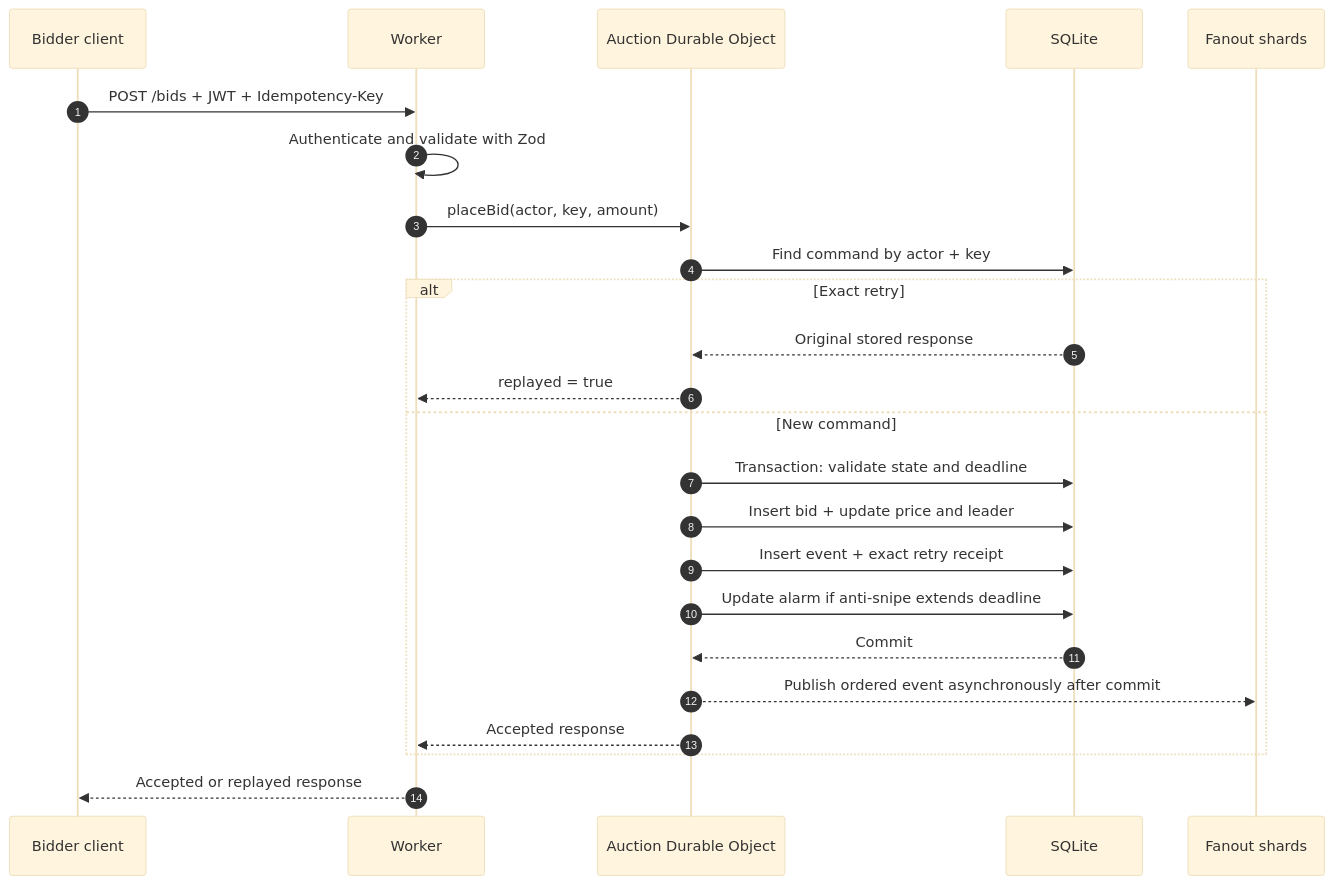
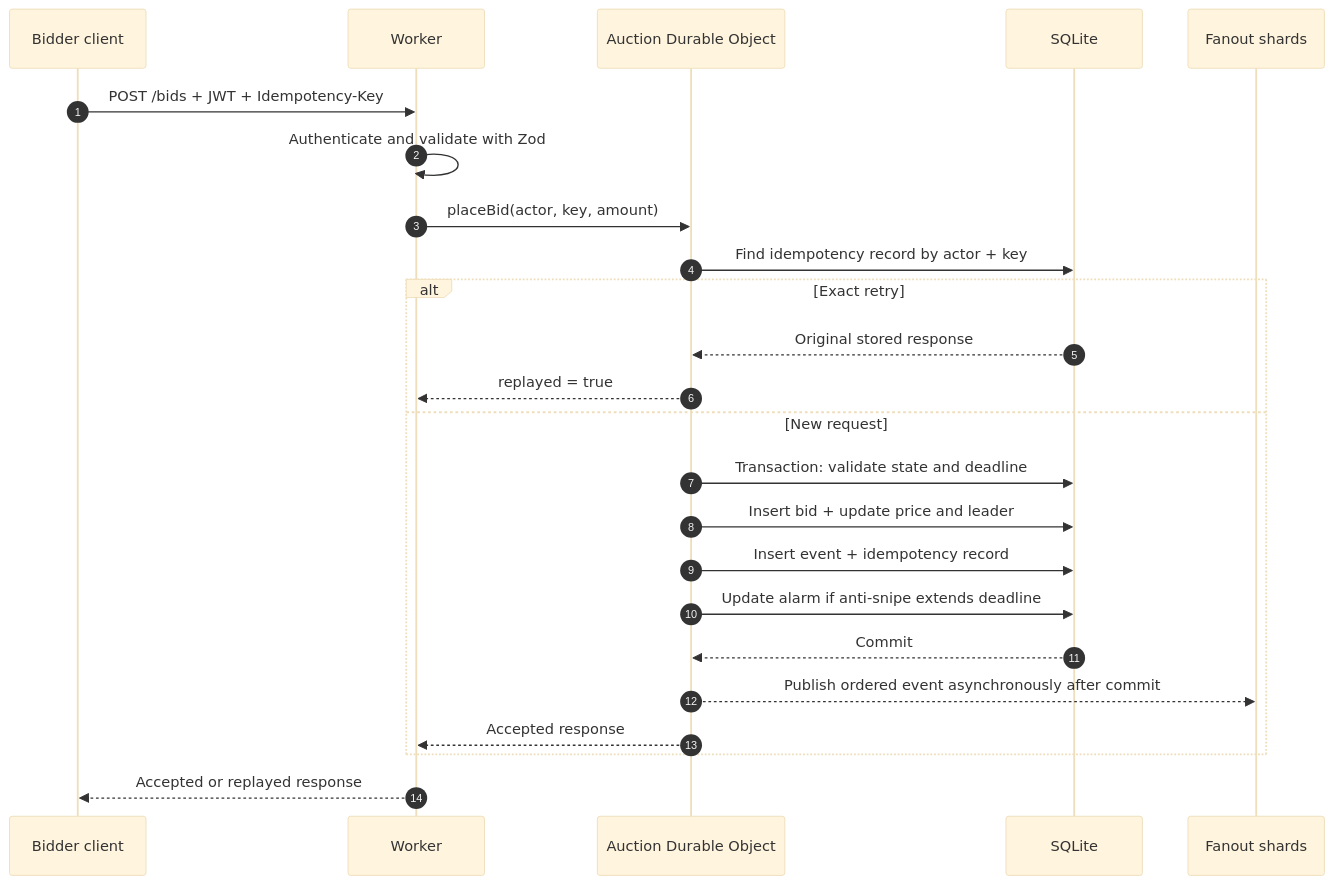
Before and after one commit to aranlucas/live-auction: the tenth of 12 diagrams in SYSTEM_DESIGN.md, drawn with Mermaid (base theme). The commit also changed other lines of this file and 8 other files, not shown here.

````diff
--- a/SYSTEM_DESIGN.md
+++ b/SYSTEM_DESIGN.md
@@ -625,27 +626,27 @@
 ```mermaid
 sequenceDiagram
     autonumber
     participant C as Bidder client
     participant W as Worker
     participant A as Auction Durable Object
     participant DB as SQLite
     participant F as Fanout shards
 
     C->>W: POST /bids + JWT + Idempotency-Key
     W->>W: Authenticate and validate with Zod
     W->>A: placeBid(actor, key, amount)
-    A->>DB: Find command by actor + key
+    A->>DB: Find idempotency record by actor + key
     alt Exact retry
         DB-->>A: Original stored response
         A-->>W: replayed = true
-    else New command
+    else New request
         A->>DB: Transaction: validate state and deadline
         A->>DB: Insert bid + update price and leader
-        A->>DB: Insert event + exact retry receipt
+        A->>DB: Insert event + idempotency record
         A->>DB: Update alarm if anti-snipe extends deadline
         DB-->>A: Commit
         A-->>F: Publish ordered event asynchronously after commit
         A-->>W: Accepted response
     end
     W-->>C: Accepted or replayed response
 ```
````
